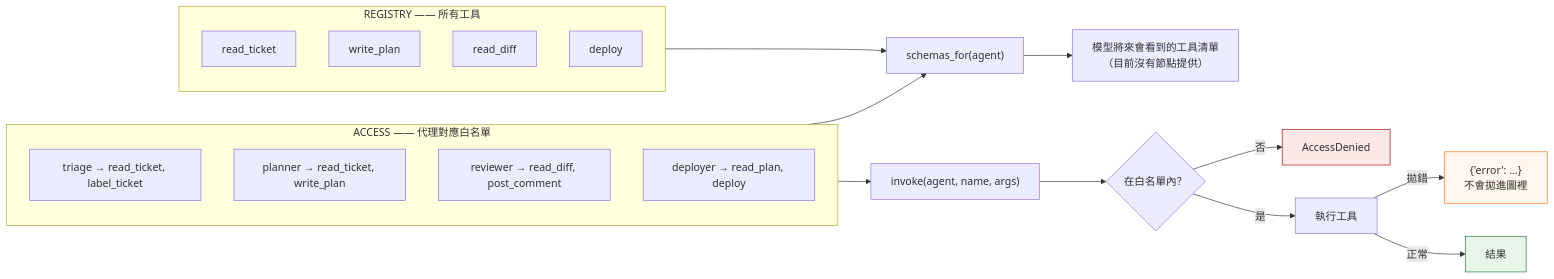
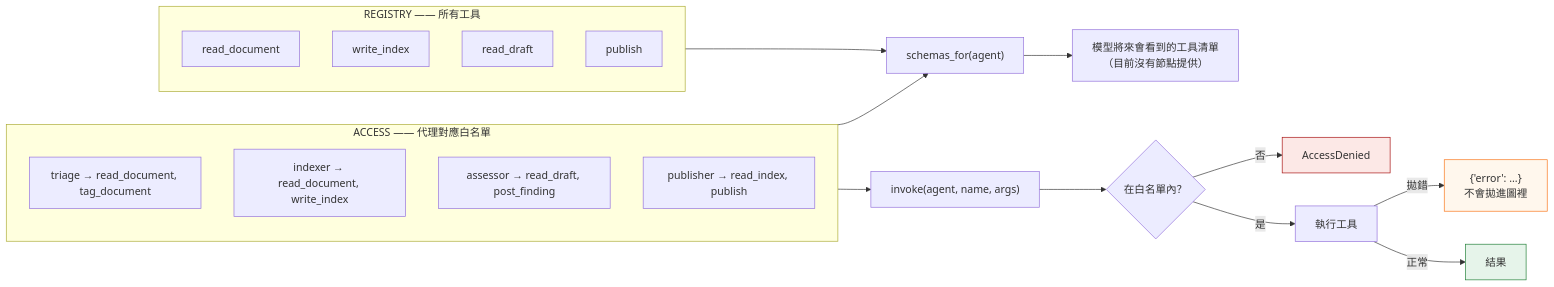
One commit to qaz1996001/agent-control-plane changed the second of 4 diagrams in docs/design.zh-TW.md. Above: the diagram before and after it, drawn with Mermaid. The commit also changed other lines of this file and 7 other files, not shown here.

First line of the commit message:
docs: translate design, architecture and scope to the corpus-publishing domain

````diff
--- a/docs/design.zh-TW.md
+++ b/docs/design.zh-TW.md
@@ -55,33 +55,33 @@
 ```mermaid
 flowchart LR
     subgraph reg["REGISTRY —— 所有工具"]
         direction TB
-        T1["read_ticket"]
-        T2["write_plan"]
-        T3["read_diff"]
-        T4["deploy"]
+        T1["read_document"]
+        T2["write_index"]
+        T3["read_draft"]
+        T4["publish"]
     end
 
     subgraph acc["ACCESS —— 代理對應白名單"]
         direction TB
-        P1["triage → read_ticket, label_ticket"]
-        P2["planner → read_ticket, write_plan"]
-        P3["reviewer → read_diff, post_comment"]
-        P4["deployer → read_plan, deploy"]
+        P1["triage → read_document, tag_document"]
+        P2["indexer → read_document, write_index"]
+        P3["assessor → read_draft, post_finding"]
+        P4["publisher → read_index, publish"]
     end
 
     reg --> S["schemas_for(agent)"]
     acc --> S
     acc --> I["invoke(agent, name, args)"]
 
     S --> M["模型將來會看到的工具清單<br/>（目前沒有節點提供）"]
     I --> K{"在白名單內？"}
     K -->|否| DEN["AccessDenied"]
     K -->|是| RUN["執行工具"]
     RUN -->|拋錯| ERR["{'error': ...}<br/>不會拋進圖裡"]
     RUN -->|正常| OK["結果"]
 
     style DEN fill:#fce8e6,stroke:#a50e0e
     style ERR fill:#fff7ed,stroke:#f97316
     style OK fill:#e6f4ea,stroke:#1e7e34
 ```
````
